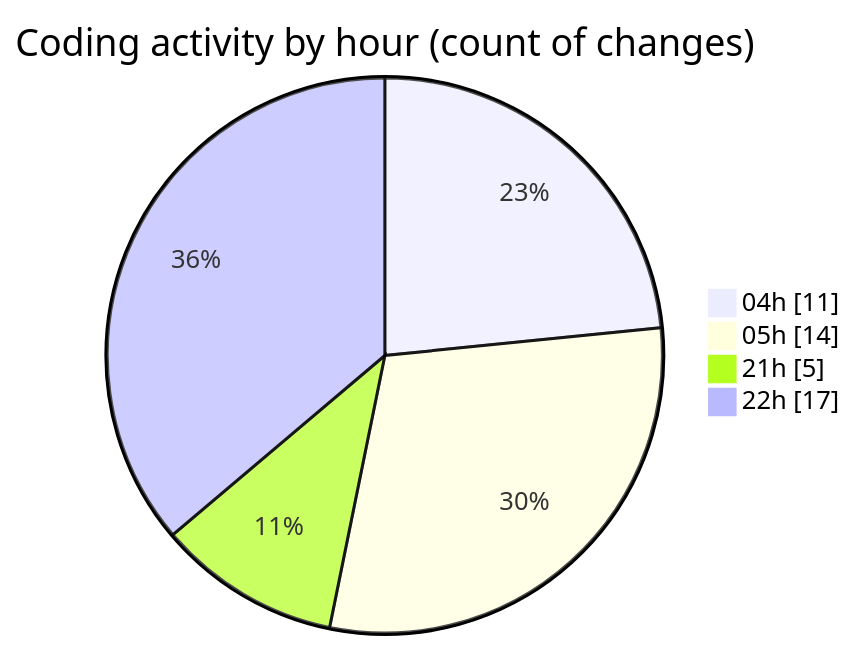
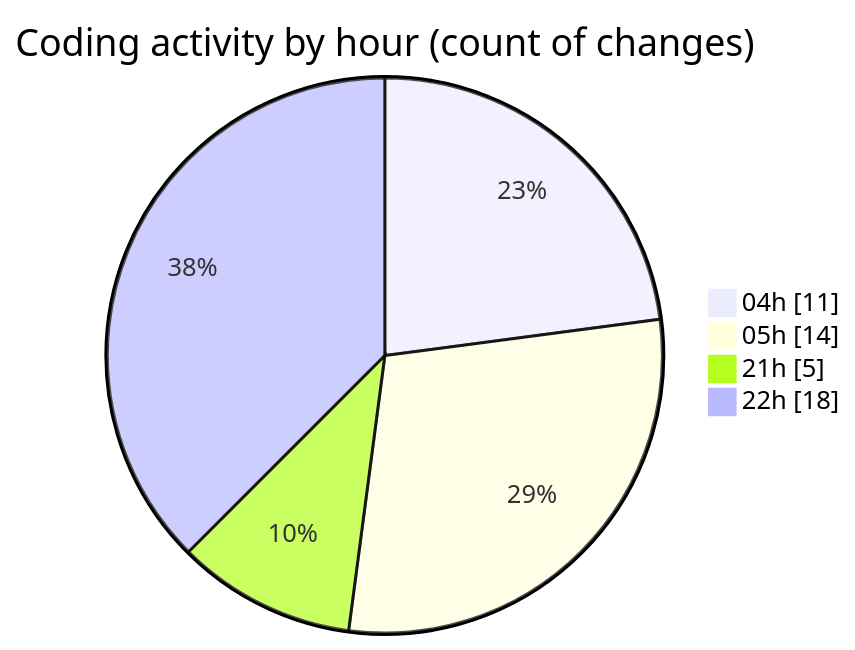
The second of 2 diagrams in 2025-03-27/autodidak/README.md (idhammustaqopulfikri/code-tracking), drawn with Mermaid before and after one commit. The commit also changed other lines of this file and 1 other file, not shown here.

````diff
--- a/2025-03-27/autodidak/README.md
+++ b/2025-03-27/autodidak/README.md
@@ -36,8 +36,8 @@
 ```mermaid
 pie showData
 title Coding activity by hour (count of changes)
 "04h" : 11
 "05h" : 14
 "21h" : 5
-"22h" : 17
+"22h" : 18
 ```
````
